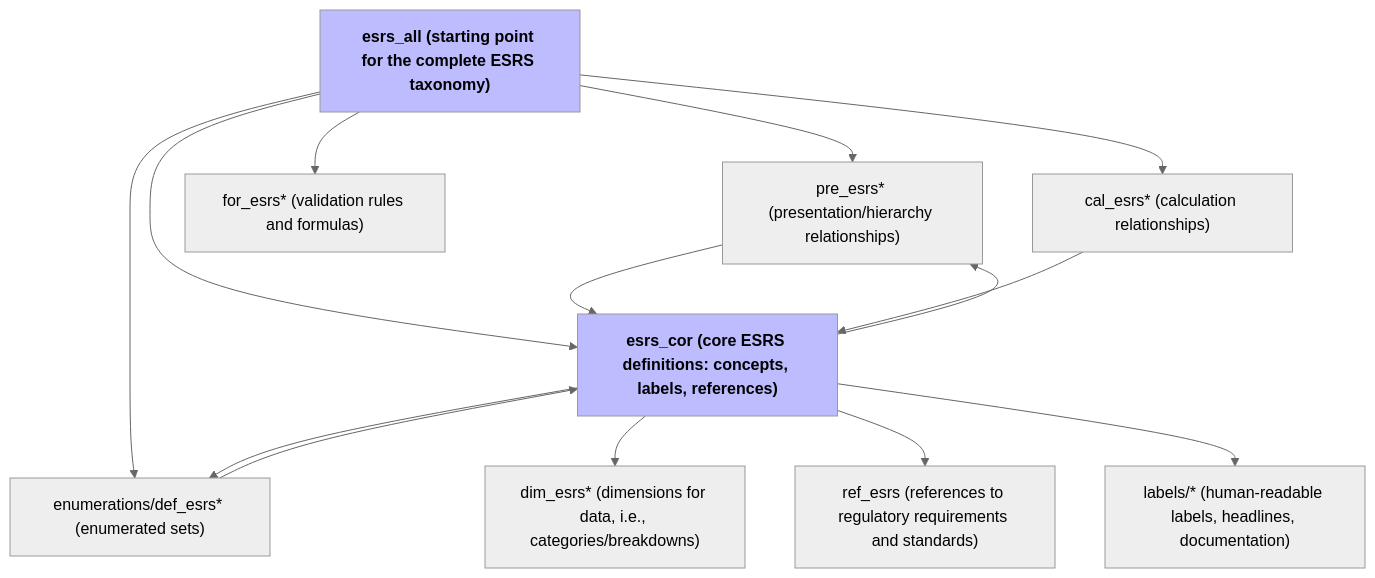
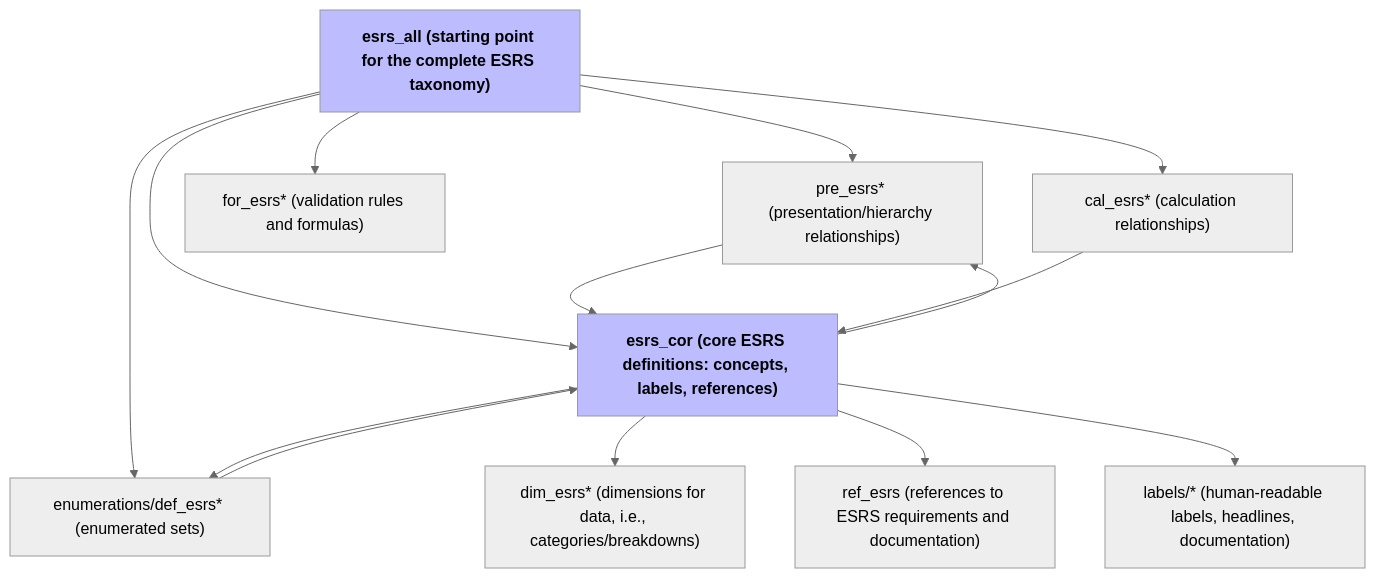
One commit to Climate-Action-Agency/esrs-xbrl-parser changed the diagram in README.md. Above: the diagram before and after it, drawn with Mermaid (neutral theme). The commit also changed other lines of this file, not shown here.

Commit message:
ref_esrs: references to ESRS requirements

````diff
--- a/README.md
+++ b/README.md
@@ -102,23 +102,23 @@
 ```mermaid
 graph TD
 	classDef important fill:#bcbcff, font-weight:bold;
 
 	esrs_all["esrs_all (starting point for the complete ESRS taxonomy)"] --> pre_esrs*["pre_esrs* (presentation/hierarchy relationships)"]
 	esrs_all --> cal_esrs*["cal_esrs* (calculation relationships)"]
 	esrs_all --> def_esrs*["enumerations/def_esrs* (enumerated sets)"]
 	esrs_all --> for_esrs*["for_esrs* (validation rules and formulas)"]
 	esrs_all --> esrs_cor["esrs_cor (core ESRS definitions: concepts, labels, references)"]
 
 	pre_esrs* --> esrs_cor
 	cal_esrs* --> esrs_cor
 	def_esrs* --> esrs_cor
 
 	esrs_cor --> pre_esrs*
 	esrs_cor --> def_esrs*
 	esrs_cor --> dim_esrs*["dim_esrs* (dimensions for data, i.e., categories/breakdowns)"]
-	esrs_cor --> ref_esrs["ref_esrs (references to regulatory requirements and standards)"]
+	esrs_cor --> ref_esrs["ref_esrs (references to ESRS requirements and documentation)"]
 	esrs_cor --> labels/*["labels/* (human-readable labels, headlines, documentation)"]
 
 	class esrs_all important;
 	class esrs_cor important;
 ```
````
